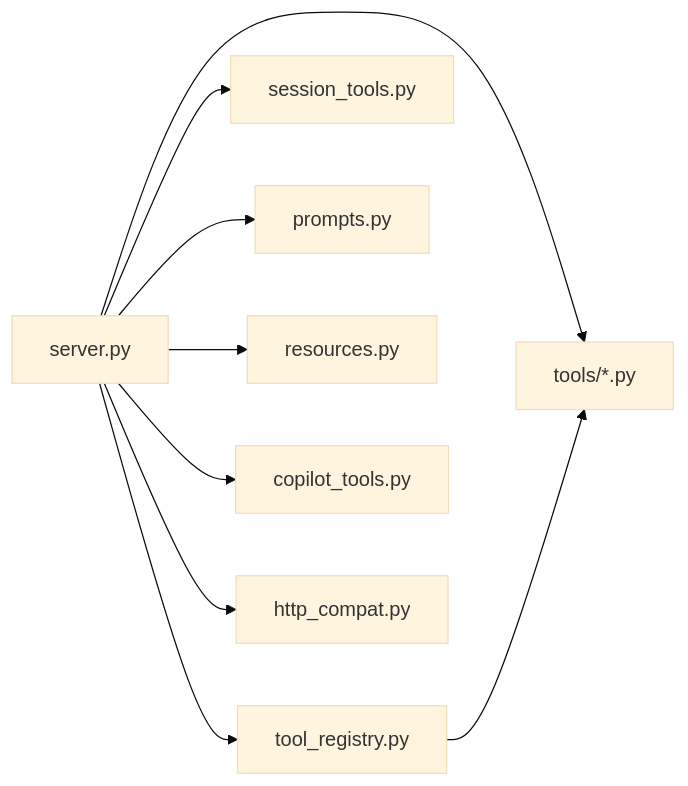
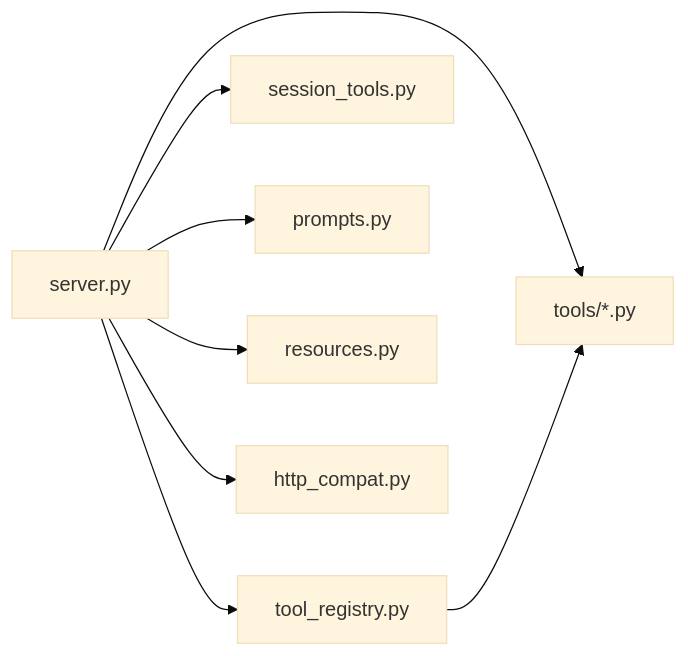
The sixth of 13 diagrams in ARCHITECTURE.md (u9401066/pubmed-search-mcp), drawn with Mermaid (base theme) before and after one commit. The commit also changed other lines of this file and 24 other files, not shown here.

Commit message:
docs: update primary user and architecture guides

````diff
--- a/ARCHITECTURE.md
+++ b/ARCHITECTURE.md
@@ -330,20 +334,18 @@
 ```mermaid
 flowchart LR
   Server[server.py]
   Registry[tool_registry.py]
   Tools[tools/*.py]
   Session[session_tools.py]
   Prompts[prompts.py]
   Resources[resources.py]
-  Copilot[copilot_tools.py]
   Compat[http_compat.py]
 
   Server --> Registry
   Server --> Tools
   Server --> Session
   Server --> Prompts
   Server --> Resources
-  Server --> Copilot
   Server --> Compat
   Registry --> Tools
 ```
````
